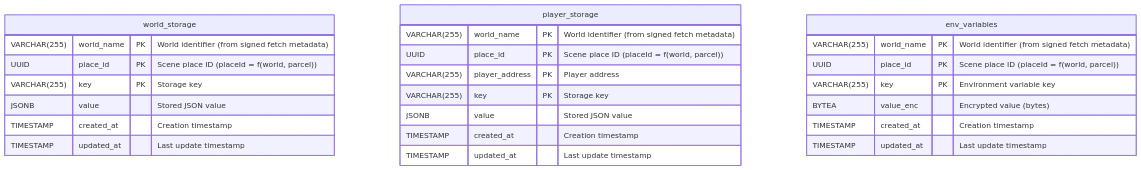
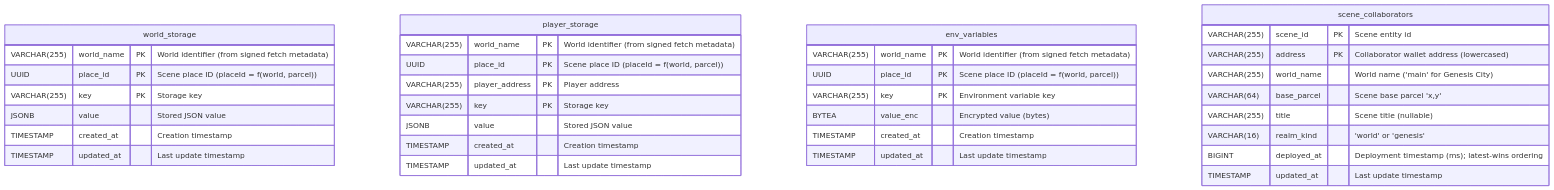
The diagram in docs/database-schemas.md (decentraland/world-storage-service), drawn with Mermaid before and after one commit. The commit also changed other lines of this file and 54 other files, not shown here.

````diff
--- a/docs/database-schemas.md
+++ b/docs/database-schemas.md
@@ -9,30 +9,41 @@
 ```mermaid
 erDiagram
   world_storage {
     VARCHAR(255) world_name PK "World identifier (from signed fetch metadata)"
     UUID place_id PK "Scene place ID (placeId = f(world, parcel))"
     VARCHAR(255) key PK "Storage key"
     JSONB value "Stored JSON value"
     TIMESTAMP created_at "Creation timestamp"
     TIMESTAMP updated_at "Last update timestamp"
   }
 
   player_storage {
     VARCHAR(255) world_name PK "World identifier (from signed fetch metadata)"
     UUID place_id PK "Scene place ID (placeId = f(world, parcel))"
     VARCHAR(255) player_address PK "Player address"
     VARCHAR(255) key PK "Storage key"
     JSONB value "Stored JSON value"
     TIMESTAMP created_at "Creation timestamp"
     TIMESTAMP updated_at "Last update timestamp"
   }
 
   env_variables {
     VARCHAR(255) world_name PK "World identifier (from signed fetch metadata)"
     UUID place_id PK "Scene place ID (placeId = f(world, parcel))"
     VARCHAR(255) key PK "Environment variable key"
     BYTEA value_enc "Encrypted value (bytes)"
     TIMESTAMP created_at "Creation timestamp"
     TIMESTAMP updated_at "Last update timestamp"
   }
+
+  scene_collaborators {
+    VARCHAR(255) scene_id PK "Scene entity id"
+    VARCHAR(255) address PK "Collaborator wallet address (lowercased)"
+    VARCHAR(255) world_name "World name ('main' for Genesis City)"
+    VARCHAR(64) base_parcel "Scene base parcel 'x,y'"
+    VARCHAR(255) title "Scene title (nullable)"
+    VARCHAR(16) realm_kind "'world' or 'genesis'"
+    BIGINT deployed_at "Deployment timestamp (ms); latest-wins ordering"
+    TIMESTAMP updated_at "Last update timestamp"
+  }
 ```
````
